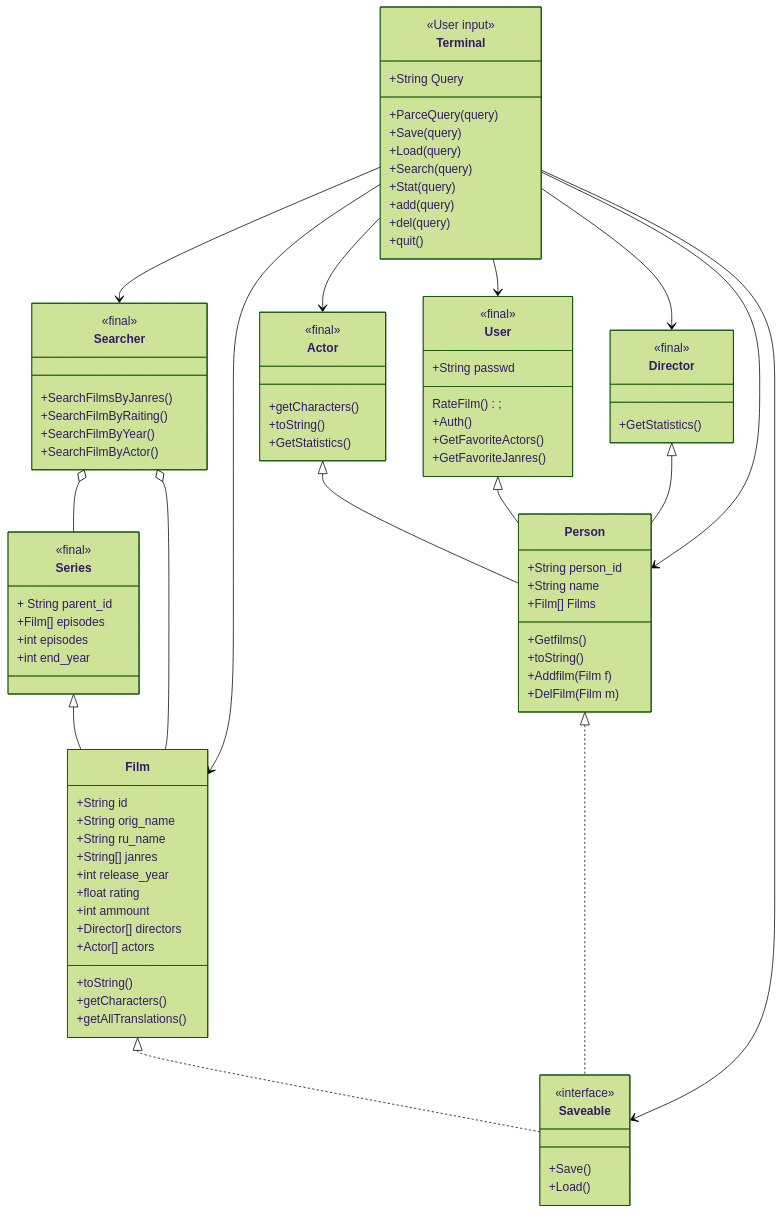
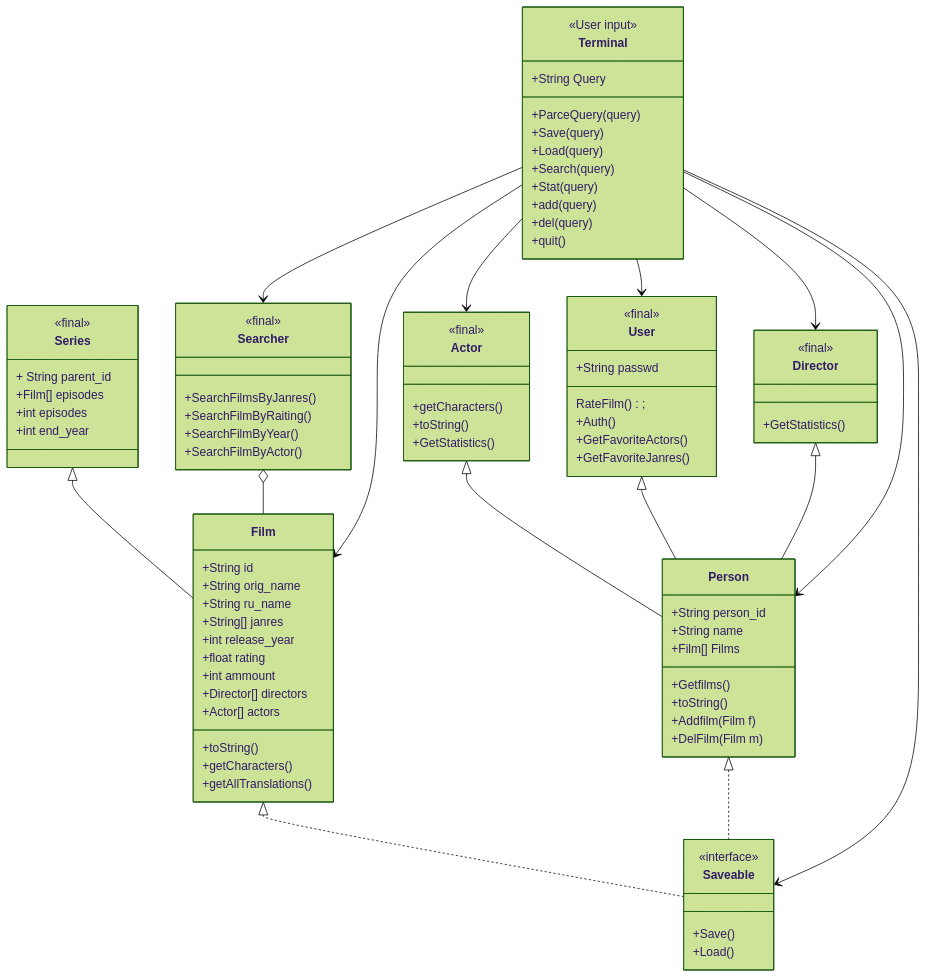
One commit to mmonastyrskiy/Programming_3_sem changed the diagram in Java_OOP/Monastyrskiy/Java_project/docs/structure.md. Above: the diagram before and after it, drawn with Mermaid (forest theme).

```diff
--- a/Java_OOP/Monastyrskiy/Java_project/docs/structure.md
+++ b/Java_OOP/Monastyrskiy/Java_project/docs/structure.md
@@ -106,7 +106,6 @@
     Film <|.. Saveable
     Person <|.. Saveable
     Searcher o-- Film
-    Searcher o-- Series
     
     
     Terminal --> Searcher
```
